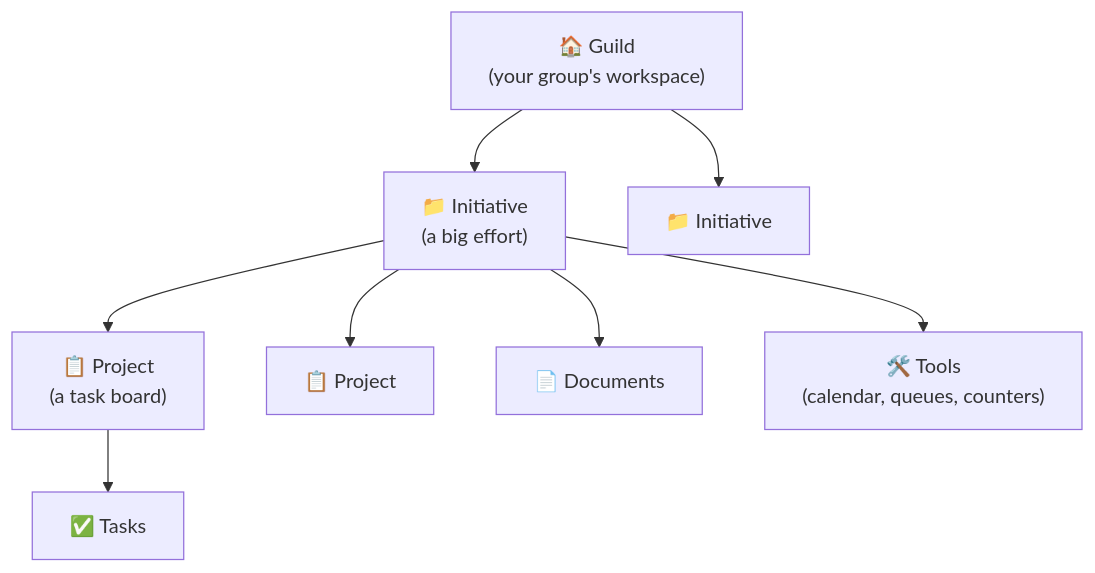
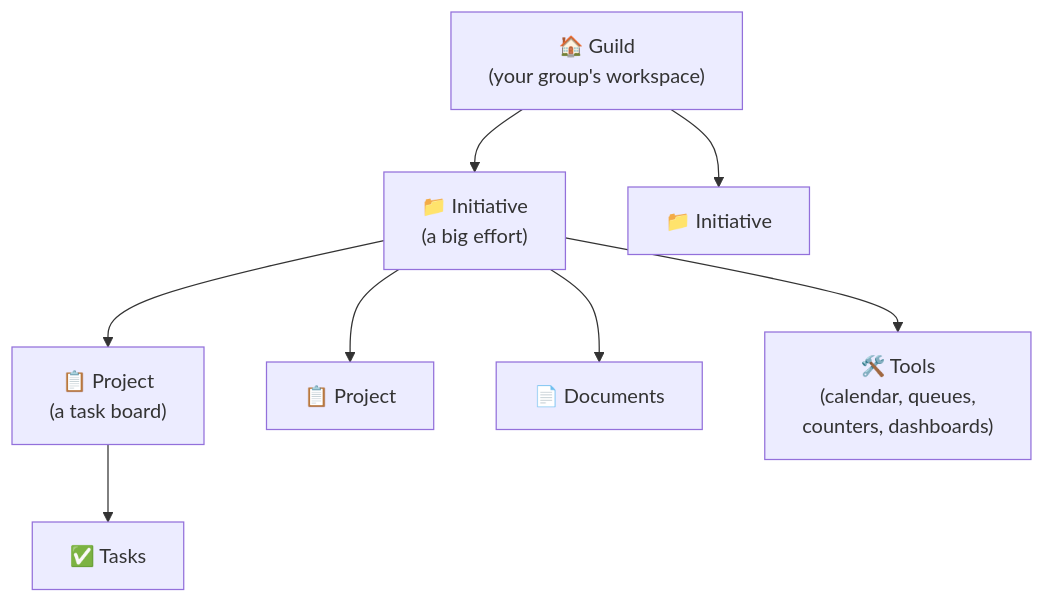
One commit to Morelitea/initiative changed the diagram in docs/en/concepts/index.md. Above: the diagram before and after it, drawn with Mermaid. The commit also changed other lines of this file and 22 other files, not shown here.

````diff
--- a/docs/en/concepts/index.md
+++ b/docs/en/concepts/index.md
@@ -13,19 +13,19 @@
 ```mermaid
 graph TD
   G["🏠 Guild<br/>(your group's workspace)"]
   I1["📁 Initiative<br/>(a big effort)"]
   I2["📁 Initiative"]
   P1["📋 Project<br/>(a task board)"]
   P2["📋 Project"]
   D1["📄 Documents"]
-  T1["🛠️ Tools<br/>(calendar, queues, counters)"]
+  T1["🛠️ Tools<br/>(calendar, queues,<br/>counters, dashboards)"]
   TASK["✅ Tasks"]
 
   G --> I1
   G --> I2
   I1 --> P1
   I1 --> P2
   I1 --> D1
   I1 --> T1
   P1 --> TASK
 ```
````
